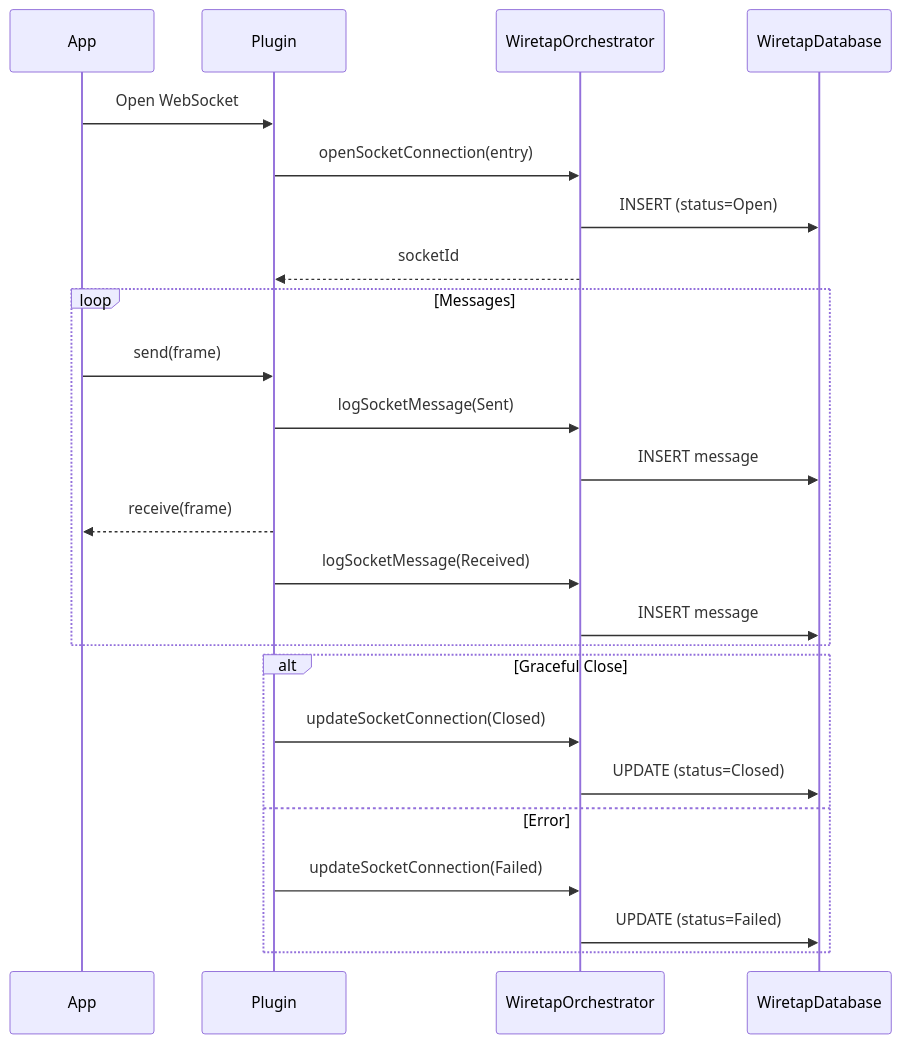
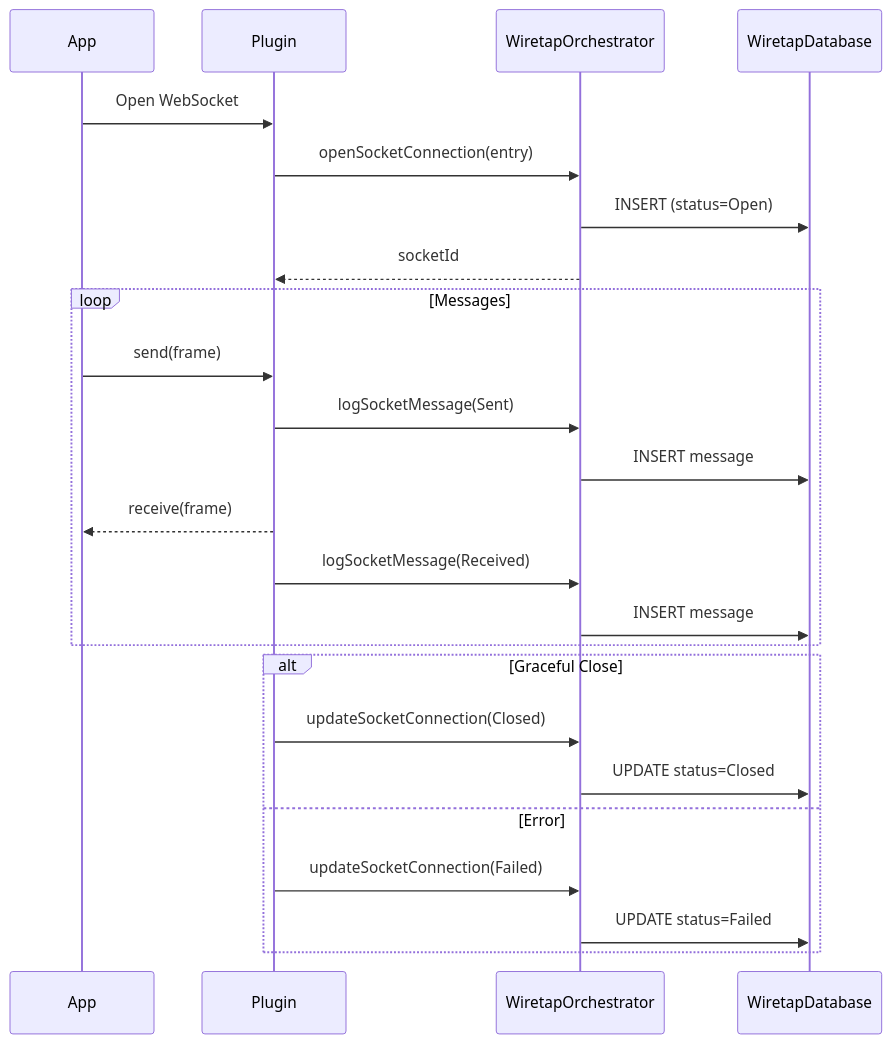
One commit to skymansandy/wiretapKMP changed the second of 2 diagrams in docs/architecture/request-flow.md. Above: the diagram before and after it, drawn with Mermaid. The commit also changed other lines of this file and 36 other files, not shown here.

````diff
--- a/docs/architecture/request-flow.md
+++ b/docs/architecture/request-flow.md
@@ -48,31 +45,31 @@
 ```mermaid
 sequenceDiagram
     participant App as App
     participant Plugin as Plugin
     participant Orchestrator as WiretapOrchestrator
     participant DB as WiretapDatabase
 
     App->>Plugin: Open WebSocket
 
     Plugin->>Orchestrator: openSocketConnection(entry)
     Orchestrator->>DB: INSERT (status=Open)
     Orchestrator-->>Plugin: socketId
 
     loop Messages
         App->>Plugin: send(frame)
         Plugin->>Orchestrator: logSocketMessage(Sent)
         Orchestrator->>DB: INSERT message
 
         Plugin-->>App: receive(frame)
         Plugin->>Orchestrator: logSocketMessage(Received)
         Orchestrator->>DB: INSERT message
     end
 
     alt Graceful Close
         Plugin->>Orchestrator: updateSocketConnection(Closed)
-        Orchestrator->>DB: UPDATE (status=Closed)
+        Orchestrator->>DB: UPDATE status=Closed
     else Error
         Plugin->>Orchestrator: updateSocketConnection(Failed)
-        Orchestrator->>DB: UPDATE (status=Failed)
+        Orchestrator->>DB: UPDATE status=Failed
     end
 ```
````
